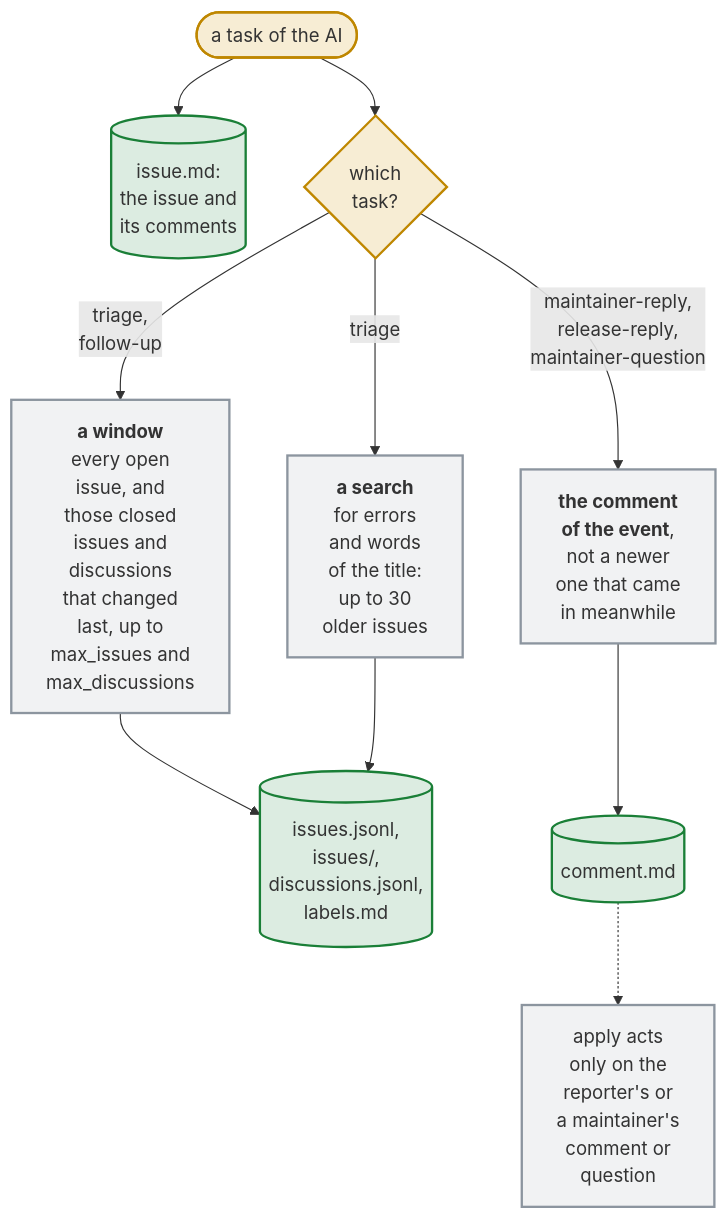
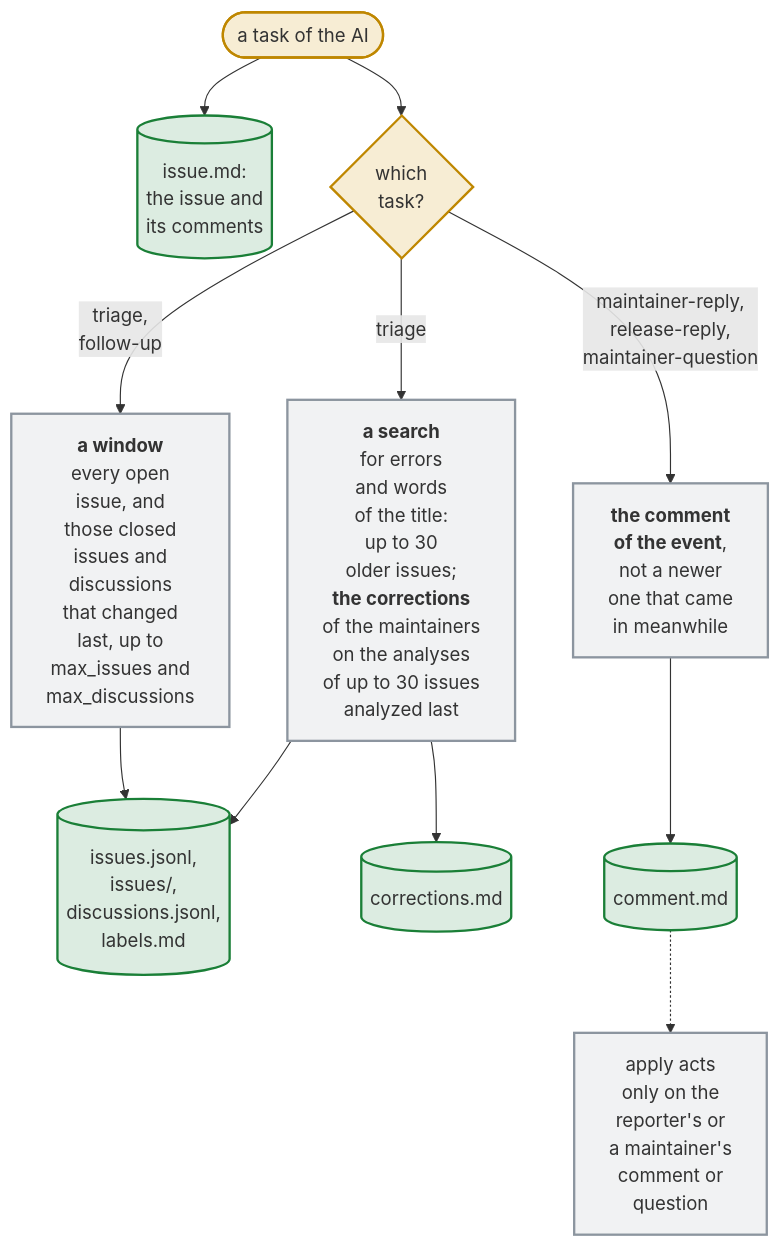
Before and after one commit to Dennis-Otto/issue-assistant: the diagram in docs/diagrams/what-the-ai-reads-for-each-task.mmd, drawn with Mermaid. The commit also changed 22 other files, not shown here.

First line of the commit message:
feat: learn from the maintainers' corrections of earlier analyses (#132)

```diff
--- a/docs/diagrams/what-the-ai-reads-for-each-task.mmd
+++ b/docs/diagrams/what-the-ai-reads-for-each-task.mmd
@@ -1,20 +1,21 @@
 flowchart TB
   accTitle: What the AI reads for each task
-  accDescr: Every task reads issue.md, the issue with all its comments. A first analysis and a follow-up also read the labels, every open issue, the closed issues that changed last up to max_issues and the discussions that changed last up to max_discussions, from GitHub's GraphQL API, which lists no pull request; each issue has an excerpt in issues.jsonl and its whole text in issues/. A first analysis adds up to 30 older issues that a search for the names of errors and the words of the title finds. A reply, maintainer-reply, release-reply or maintainer-question, reads comment.md instead: the comment whose event started the run, not a newer one that came in while the run waited. The apply job acts only when that comment is the reporter's or a maintainer's, or a maintainer's question.
+  accDescr: Every task reads issue.md, the issue with all its comments. A first analysis and a follow-up also read the labels, every open issue, the closed issues that changed last up to max_issues and the discussions that changed last up to max_discussions, from GitHub's GraphQL API, which lists no pull request; each issue has an excerpt in issues.jsonl and its whole text in issues/. A first analysis adds up to 30 older issues that a search for the names of errors and the words of the title finds, and corrections.md: what the maintainers corrected of the analyses of up to max_analyzed issues analyzed last, which it learns from. A reply, maintainer-reply, release-reply or maintainer-question, reads comment.md instead: the comment whose event started the run, not a newer one that came in while the run waited. The apply job acts only when that comment is the reporter's or a maintainer's, or a maintainer's question.
   task(["a task of the AI"]) --> issue[("issue.md:<br>the issue and<br>its comments")]
   task --> which{"which<br>task?"}
   which -- "triage,<br>follow-up" --> window["`**a window**<br>every open<br>issue, and<br>those closed<br>issues and<br>discussions<br>that changed<br>last, up to<br>max_issues and<br>max_discussions`"]
-  which -- "triage" --> search["`**a search**<br>for errors<br>and words<br>of the title:<br>up to 30<br>older issues`"]
+  which -- "triage" --> search["`**a search**<br>for errors<br>and words<br>of the title:<br>up to 30<br>older issues;<br>**the corrections**<br>of the maintainers<br>on the analyses<br>of up to 30 issues<br>analyzed last`"]
   which -- "maintainer-reply,<br>release-reply,<br>maintainer-question" --> judged["`**the comment<br>of the event**,<br>not a newer<br>one that came<br>in meanwhile`"]
   window --> files[("issues.jsonl,<br>issues/,<br>discussions.jsonl,<br>labels.md")]
   search --> files
+  search --> corrections[("corrections.md")]
   judged --> comment[("comment.md")]
   comment -.-> apply["apply acts<br>only on the<br>reporter's or<br>a maintainer's<br>comment or<br>question"]
   classDef trigger fill:#d4a72c33,stroke:#bf8700,stroke-width:2px
   classDef question fill:#d4a72c33,stroke:#bf8700,stroke-width:2px
   classDef job fill:#8c959f1f,stroke:#8c959f,stroke-width:2px
   classDef safe fill:#1a7f3726,stroke:#1a7f37,stroke-width:2px
   class task trigger
   class which question
   class window,search,judged,apply job
-  class issue,files,comment safe
+  class issue,files,corrections,comment safe
```
